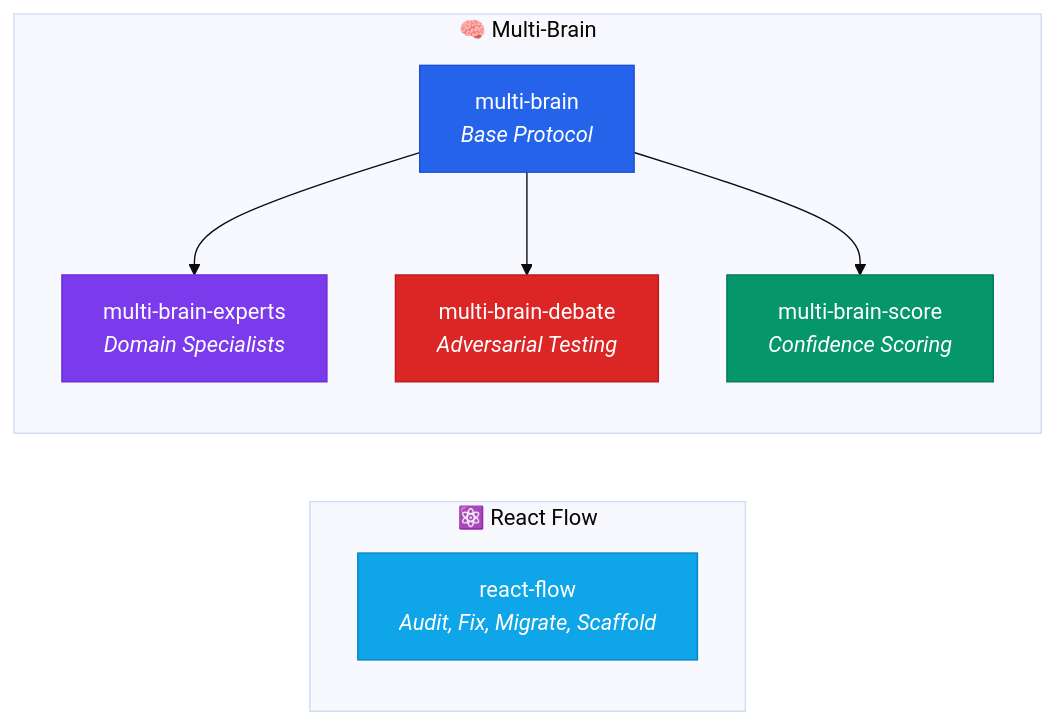
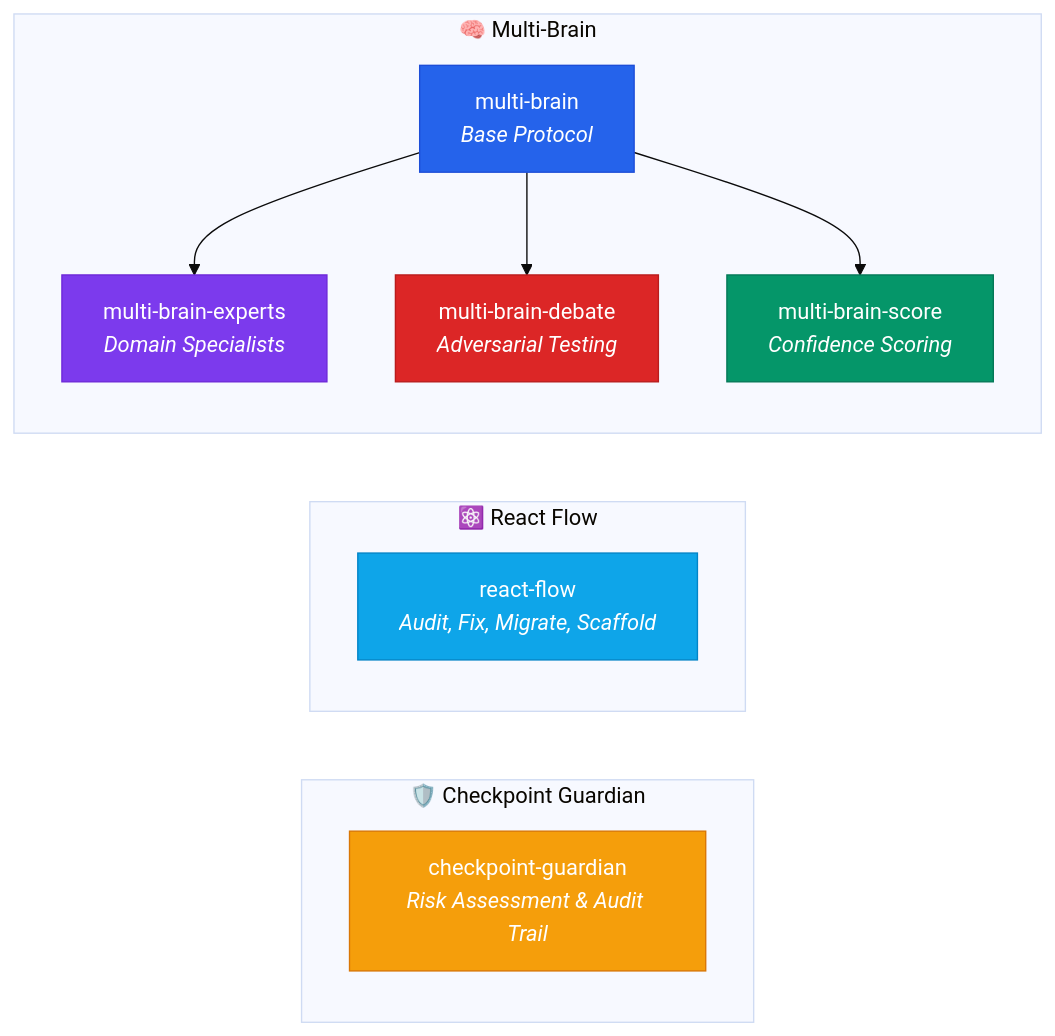
The diagram in README.md (fatih-developer/fth-skills), drawn with Mermaid (base theme) before and after one commit. The commit also changed other lines of this file and 6 other files, not shown here.

First line of the commit message:
feat(skill): add checkpoint-guardian curated skill

````diff
--- a/README.md
+++ b/README.md
@@ -54,19 +55,24 @@
 ```mermaid
 graph LR
+    subgraph "🛡️ Checkpoint Guardian"
+        CG["checkpoint-guardian<br/><i>Risk Assessment & Audit Trail</i>"]
+    end
+
     subgraph "⚛️ React Flow"
         RF["react-flow<br/><i>Audit, Fix, Migrate, Scaffold</i>"]
     end
 
     subgraph "🧠 Multi-Brain"
         MB["multi-brain<br/><i>Base Protocol</i>"]
         MB --> MBE["multi-brain-experts<br/><i>Domain Specialists</i>"]
         MB --> MBD["multi-brain-debate<br/><i>Adversarial Testing</i>"]
         MB --> MBS["multi-brain-score<br/><i>Confidence Scoring</i>"]
     end
 
+    style CG fill:#f59e0b,stroke:#d97706,color:#fff
     style RF fill:#0ea5e9,stroke:#0284c7,color:#fff
     style MB fill:#2563eb,stroke:#1d4ed8,color:#fff
     style MBE fill:#7c3aed,stroke:#6d28d9,color:#fff
     style MBD fill:#dc2626,stroke:#b91c1c,color:#fff
     style MBS fill:#059669,stroke:#047857,color:#fff
 ```
````
